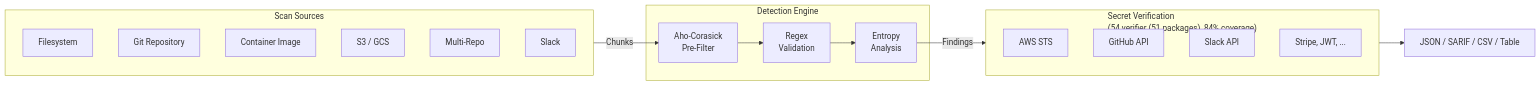
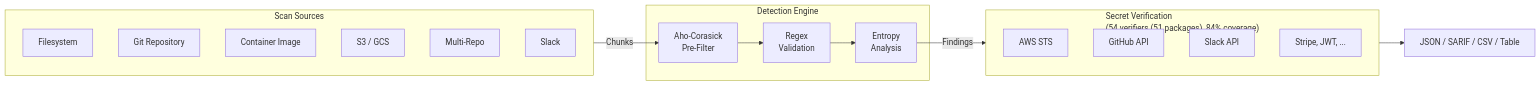
The first of 4 diagrams in docs/guides/getting-started.md (HodeTech/Leakwatch), drawn with Mermaid before and after one commit. The commit also changed other lines of this file and 10 other files, not shown here.

````diff
--- a/docs/guides/getting-started.md
+++ b/docs/guides/getting-started.md
@@ -22,30 +22,30 @@
 ```mermaid
 flowchart LR
     subgraph Sources["Scan Sources"]
         S1["Filesystem"]
         S2["Git Repository"]
         S3["Container Image"]
         S4["S3 / GCS"]
         S5["Multi-Repo"]
         S6["Slack"]
     end
 
     subgraph Engine["Detection Engine"]
         E1["Aho-Corasick\nPre-Filter"]
         E2["Regex\nValidation"]
         E3["Entropy\nAnalysis"]
     end
 
-    subgraph Verification["Secret Verification\n(54 verifier (51 packages), 84% coverage)"]
+    subgraph Verification["Secret Verification\n(54 verifiers (51 packages), 84% coverage)"]
         V1["AWS STS"]
         V2["GitHub API"]
         V3["Slack API"]
         V4["Stripe, JWT, ..."]
     end
 
     Sources -->|Chunks| E1
     E1 --> E2
     E2 --> E3
     E3 -->|Findings| Verification
     Verification --> Output["JSON / SARIF / CSV / Table"]
 ```
````
